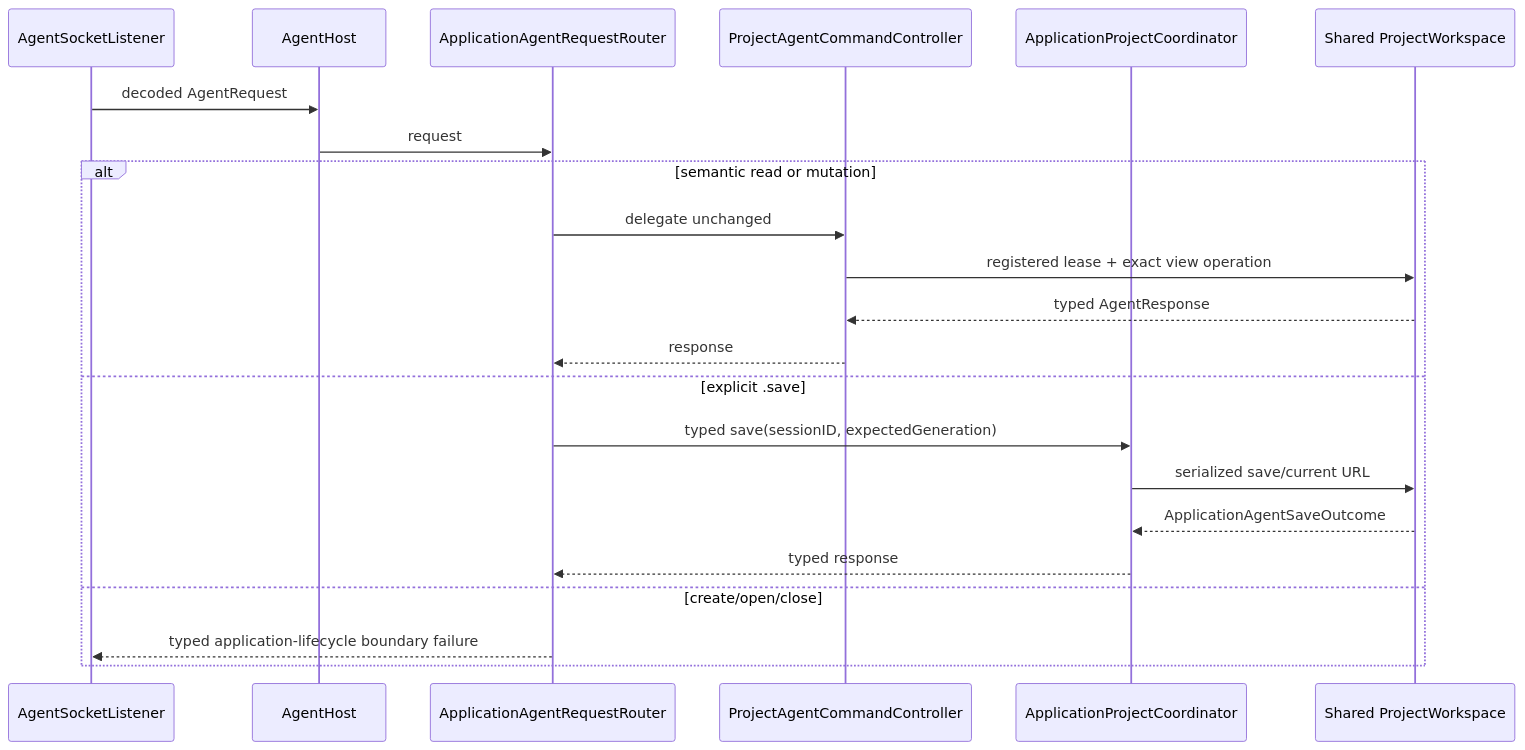
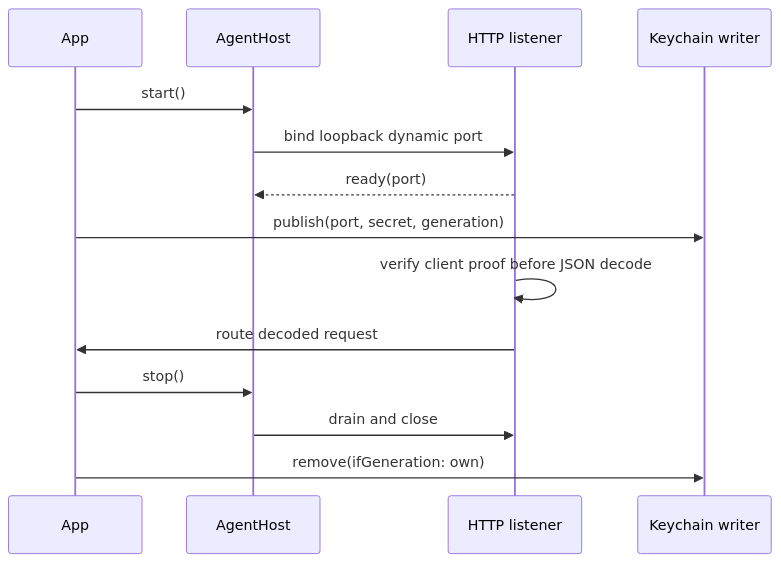
Before and after one commit to 1amageek/Rupa: the second of 2 diagrams in RupaKit/Sources/RupaAgentUI/DESIGN.md, drawn with Mermaid. The commit also changed other lines of this file and 133 other files, not shown here.

````diff
--- a/RupaKit/Sources/RupaAgentUI/DESIGN.md
+++ b/RupaKit/Sources/RupaAgentUI/DESIGN.md
@@ -142,25 +60,16 @@
 ```mermaid
 sequenceDiagram
-    participant L as AgentSocketListener
+    participant A as App
     participant H as AgentHost
-    participant R as ApplicationAgentRequestRouter
-    participant C as ProjectAgentCommandController
-    participant P as ApplicationProjectCoordinator
-    participant W as Shared ProjectWorkspace
-
-    L->>H: decoded AgentRequest
-    H->>R: request
-    alt semantic read or mutation
-        R->>C: delegate unchanged
-        C->>W: registered lease + exact view operation
-        W-->>C: typed AgentResponse
-        C-->>R: response
-    else explicit .save
-        R->>P: typed save(sessionID, expectedGeneration)
-        P->>W: serialized save/current URL
-        W-->>P: ApplicationAgentSaveOutcome
-        P-->>R: typed response
-    else create/open/close
-        R-->>L: typed application-lifecycle boundary failure
-    end
+    participant L as HTTP listener
+    participant K as Keychain writer
+    A->>H: start()
+    H->>L: bind loopback dynamic port
+    L-->>H: ready(port)
+    A->>K: publish(port, secret, generation)
+    L->>L: verify client proof before JSON decode
+    L->>A: route decoded request
+    A->>H: stop()
+    H->>L: drain and close
+    A->>K: remove(ifGeneration: own)
 ```
````
